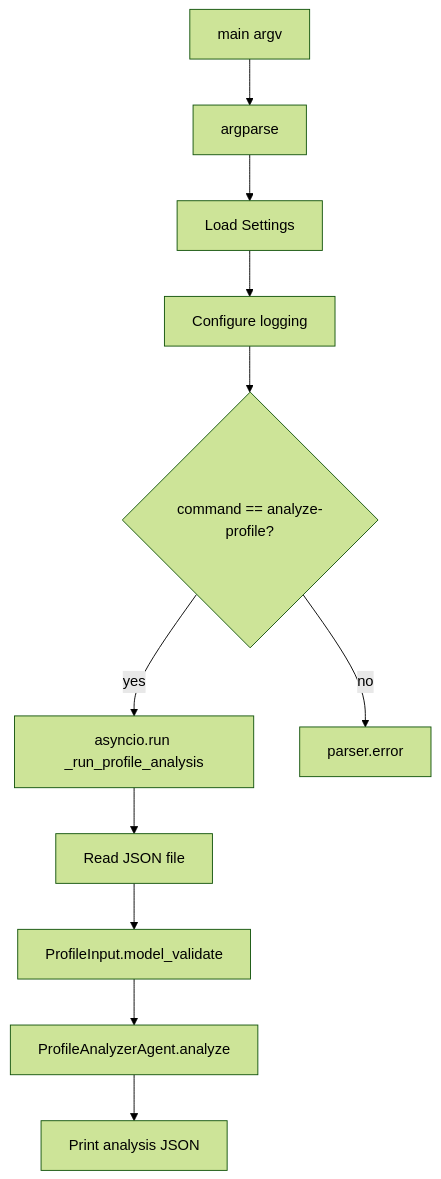
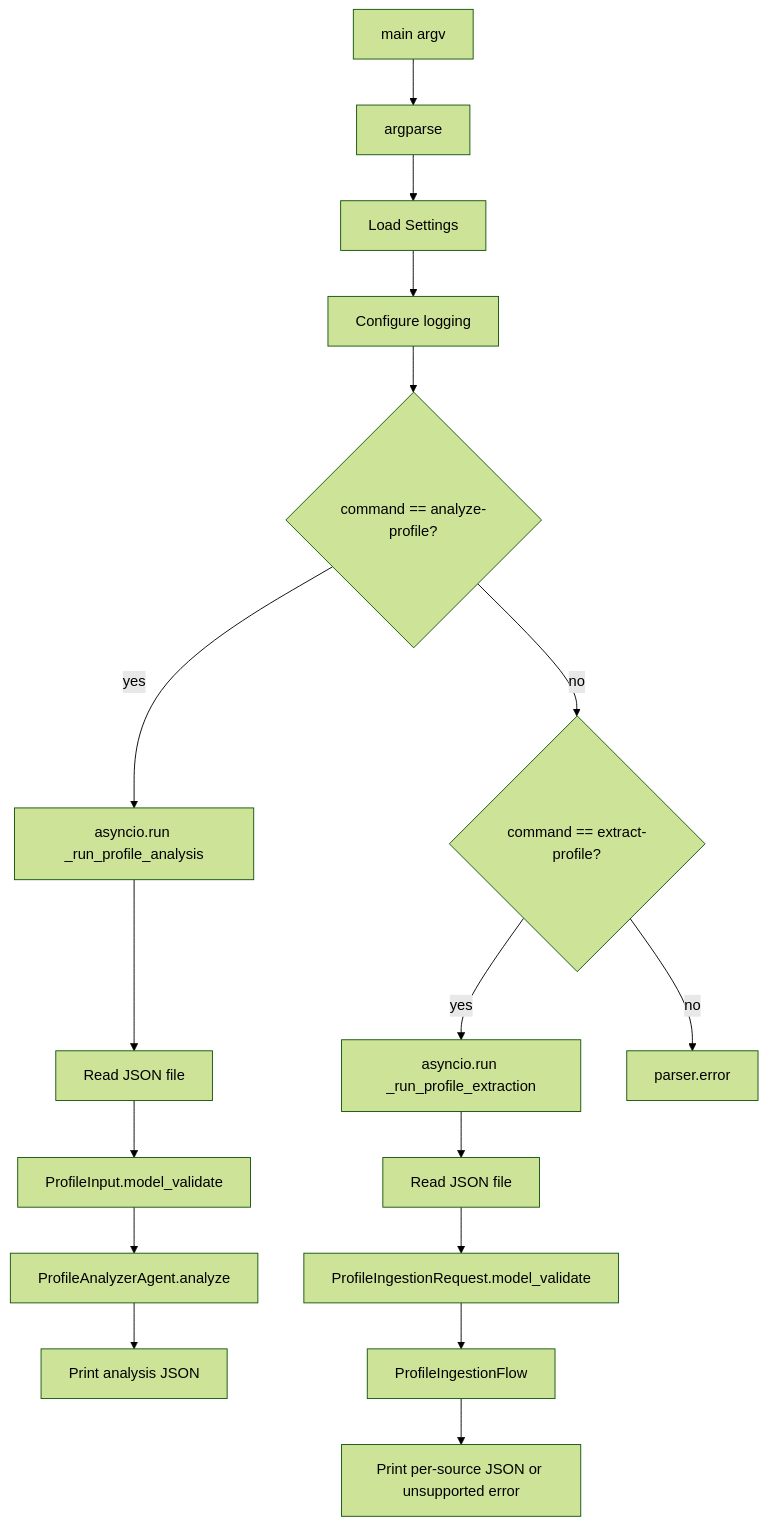
One commit to shira-ozana/career-ai changed the diagram in docs/design/cli.md. Above: the diagram before and after it, drawn with Mermaid (forest theme). The commit also changed other lines of this file and 27 other files, not shown here.

First line of the commit message:
Add text profile extraction that returns per-source facts.

````diff
--- a/docs/design/cli.md
+++ b/docs/design/cli.md
@@ -33,13 +39,19 @@
 ```mermaid
 flowchart TD
     A[main argv] --> B[argparse]
     B --> C[Load Settings]
     C --> D[Configure logging]
     D --> E{command == analyze-profile?}
     E -->|yes| F[asyncio.run _run_profile_analysis]
     F --> G[Read JSON file]
     G --> H[ProfileInput.model_validate]
     H --> I[ProfileAnalyzerAgent.analyze]
     I --> J[Print analysis JSON]
-    E -->|no| K[parser.error]
+    E -->|no| L{command == extract-profile?}
+    L -->|yes| M[asyncio.run _run_profile_extraction]
+    M --> N[Read JSON file]
+    N --> O[ProfileIngestionRequest.model_validate]
+    O --> P[ProfileIngestionFlow]
+    P --> Q[Print per-source JSON or unsupported error]
+    L -->|no| K[parser.error]
 ```
````
